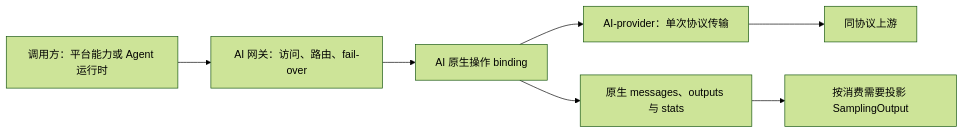
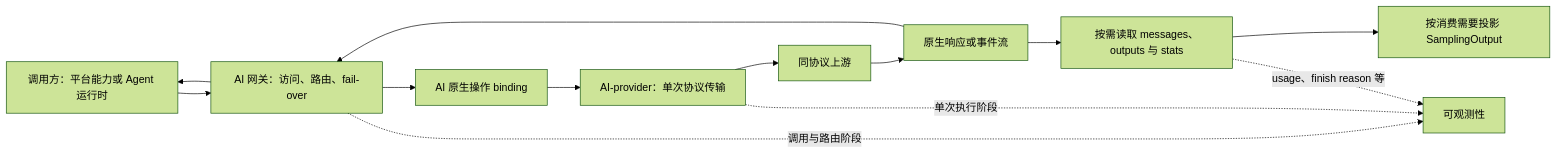
The diagram in docs/design/ai-service.md (xiaoland/velune), drawn with Mermaid (forest theme) before and after one commit. The commit also changed other lines of this file and 2 other files, not shown here.

Commit message:
docs(ai): 明确原生数据流与观察消费关系

````diff
--- a/docs/design/ai-service.md
+++ b/docs/design/ai-service.md
@@ -37,9 +37,15 @@
 ```mermaid
 flowchart LR
     C[调用方：平台能力或 Agent 运行时] --> G[AI 网关：访问、路由、fail-over]
     G --> N[AI 原生操作 binding]
     N --> P[AI-provider：单次协议传输]
     P --> U[同协议上游]
-    N --> O[原生 messages、outputs 与 stats]
+    U --> R[原生响应或事件流]
+    R --> G
+    G --> C
+    R --> O[按需读取 messages、outputs 与 stats]
     O --> S[按消费需要投影 SamplingOutput]
+    G -. 调用与路由阶段 .-> T[可观测性]
+    P -. 单次执行阶段 .-> T
+    O -. usage、finish reason 等 .-> T
 ```
````
